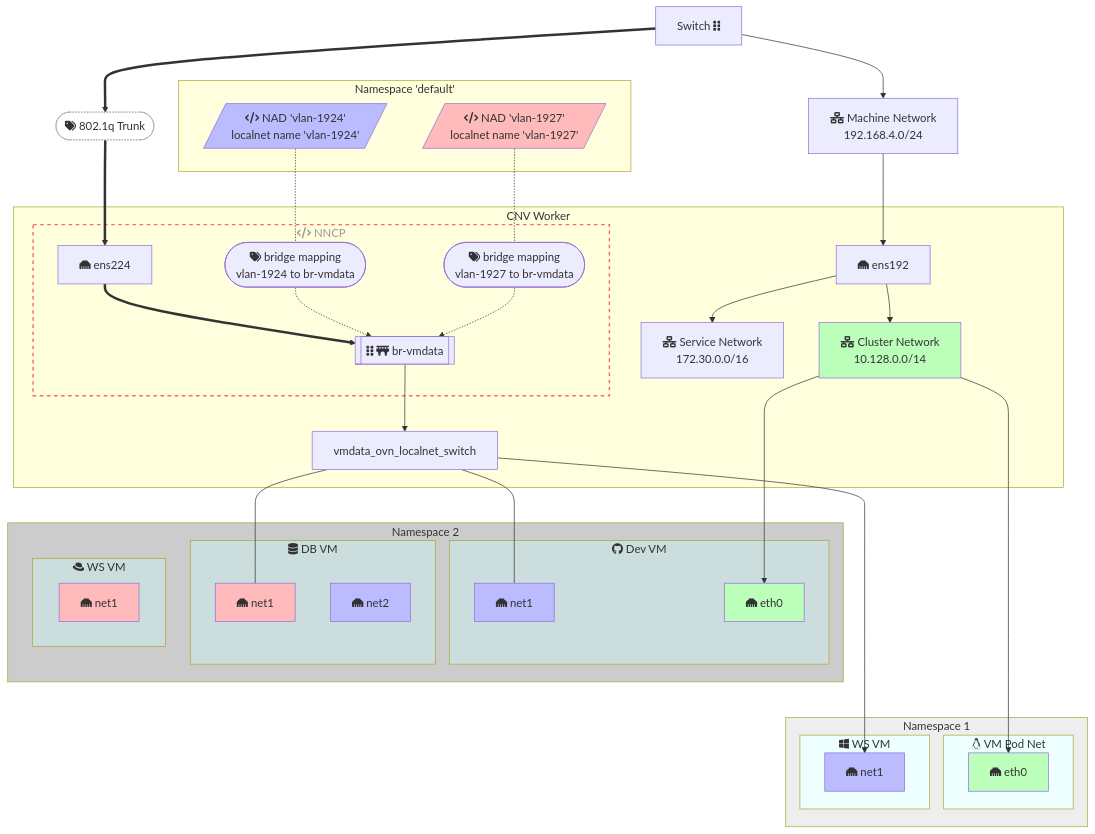
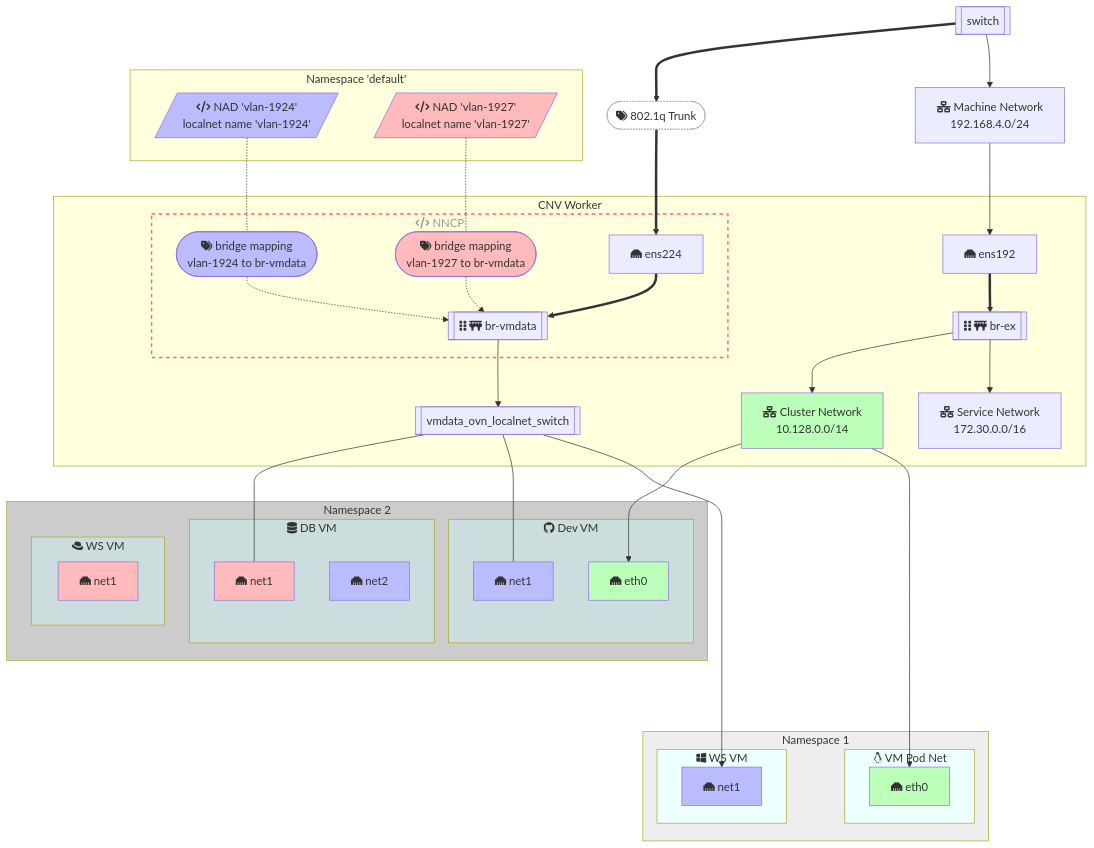
One commit to dlbewley/demo-virt changed the first of 3 diagrams in networking/diagram.md. Above: the diagram before and after it, drawn with Mermaid. The commit also changed other lines of this file, not shown here.

Commit message:
new draft

```diff
--- a/networking/diagram.md
+++ b/networking/diagram.md
@@ -17,15 +17,16 @@
   switch["Switch fa:fa-grip-vertical"]
   machinenet["fa:fa-network-wired Machine Network<br> 192.168.4.0/24"]
   switch --> machinenet --> ens192
-  switch ==> T(["fa:fa-tags 802.1q Trunk"]) ==> ens224[ens224]
+  ens192 ==> br-ex[["fa:fa-grip-vertical fa:fa-bridge br-ex"]]
+  switch[[switch]] ==> T(["fa:fa-tags 802.1q Trunk"]) ==> ens224[ens224]
 
   subgraph node["CNV Worker"]
     ens192["fa:fa-ethernet ens192"]
     servicenet["fa:fa-network-wired Service Network<br> 172.30.0.0/16"]
     clusternet["fa:fa-network-wired Cluster Network<br> 10.128.0.0/14"]
 
-    ens192 --> servicenet
-    ens192 --> clusternet
+    br-ex --> servicenet
+    br-ex --> clusternet
 
     subgraph nncp["fa:fa-code NNCP"]
       ens224["fa:fa-ethernet ens224"]
@@ -35,7 +36,7 @@
 
     end
 
-    br-vmdata  --> vmdata_ovn_localnet_switch
+    br-vmdata  --> vmdata_ovn_localnet_switch[[vmdata_ovn_localnet_switch]]
 
   end
 
@@ -81,10 +82,10 @@
   class clusternet,nginx-nic,ns2-vm1-nic2 clusterNet
 
   classDef vlan-1924 fill:#bbf
-  class ens224.1924,br-1924,ns1-nad-1924,ns2-nad-1924,ns1-vm2-nic1,ns1-ws2-1924,ns2-vm1-nic1,ns2-vm2-nic2 vlan-1924
+  class ens224.1924,BM1924,ns1-nad-1924,ns2-nad-1924,ns1-vm2-nic1,ns1-ws2-1924,ns2-vm1-nic1,ns2-vm2-nic2 vlan-1924
 
   classDef vlan-1927 fill:#fbb
-  class ens224.1927,br-1927,ns1-nad-1927,ns2-nad-1927,ns2-vm2-nic1,ns2-vm3-nic1 vlan-1927
+  class ens224.1927,BM1927,ns1-nad-1927,ns2-nad-1927,ns2-vm2-nic1,ns2-vm3-nic1 vlan-1927
 
   style nncp stroke:#f66,stroke-width:2px,color:#999,stroke-dasharray: 5 5
   style T fill:white,stroke:darkgrey,stroke-width:1px,color:#333,stroke-dasharray: 2 2
```
